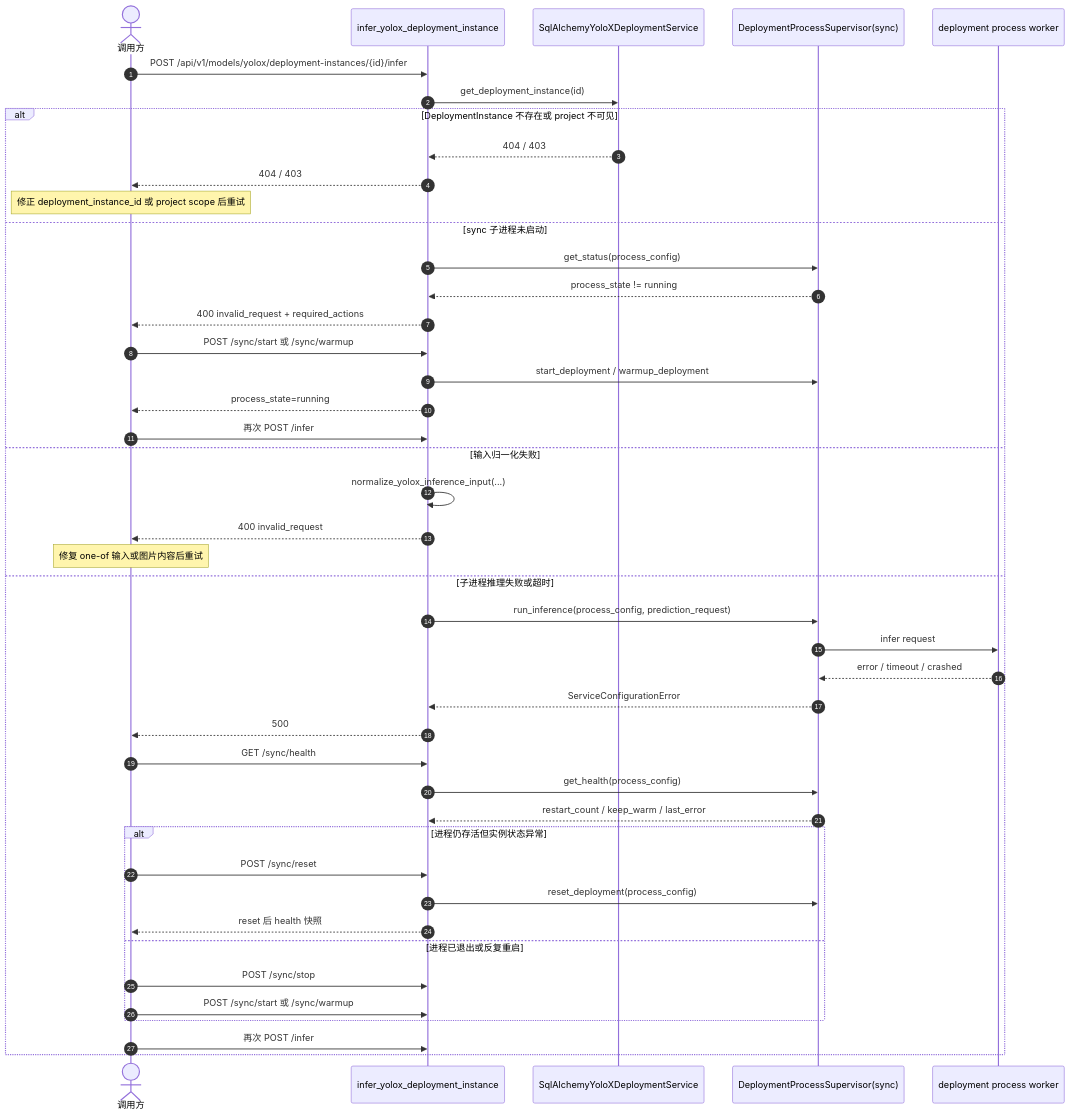
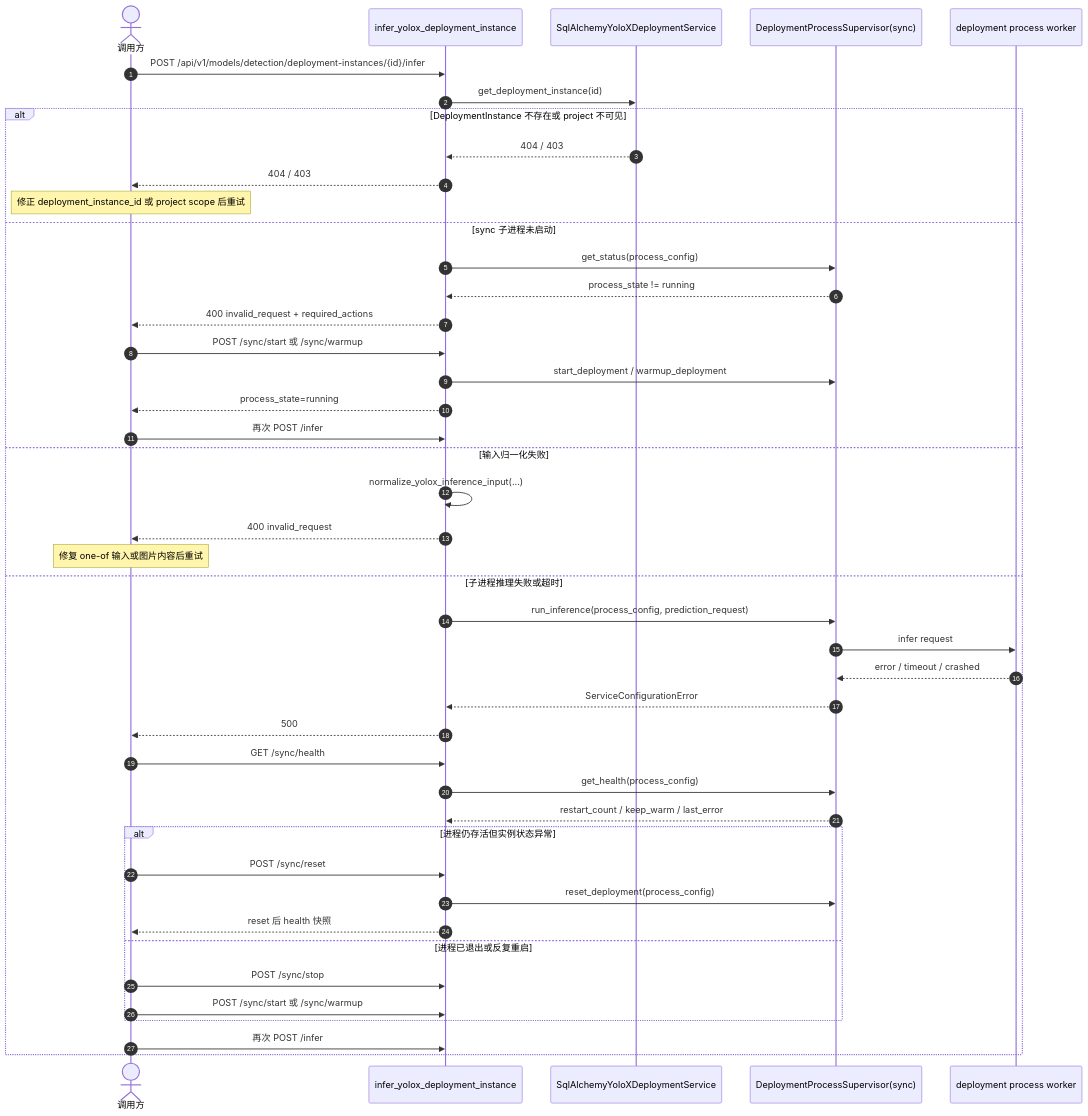
The sixth of 8 diagrams in docs/architecture/execution-sequences.md (ammm56/amvision), drawn with Mermaid before and after one commit. The commit also changed other lines of this file and 51 other files, not shown here.

Commit message:
refactor(api): 提取 detection 路由模型并收敛命名

````diff
--- a/docs/architecture/execution-sequences.md
+++ b/docs/architecture/execution-sequences.md
@@ -318,47 +318,47 @@
 ```mermaid
 sequenceDiagram
     autonumber
     actor Client as 调用方
     participant API as infer_yolox_deployment_instance
     participant DeploySvc as SqlAlchemyYoloXDeploymentService
     participant SyncSup as DeploymentProcessSupervisor(sync)
     participant Child as deployment process worker
 
-    Client->>API: POST /api/v1/models/yolox/deployment-instances/{id}/infer
+    Client->>API: POST /api/v1/models/detection/deployment-instances/{id}/infer
     API->>DeploySvc: get_deployment_instance(id)
     alt DeploymentInstance 不存在或 project 不可见
         DeploySvc-->>API: 404 / 403
         API-->>Client: 404 / 403
         Note over Client: 修正 deployment_instance_id 或 project scope 后重试
     else sync 子进程未启动
         API->>SyncSup: get_status(process_config)
         SyncSup-->>API: process_state != running
         API-->>Client: 400 invalid_request + required_actions
         Client->>API: POST /sync/start 或 /sync/warmup
         API->>SyncSup: start_deployment / warmup_deployment
         API-->>Client: process_state=running
         Client->>API: 再次 POST /infer
     else 输入归一化失败
         API->>API: normalize_yolox_inference_input(...)
         API-->>Client: 400 invalid_request
         Note over Client: 修复 one-of 输入或图片内容后重试
     else 子进程推理失败或超时
         API->>SyncSup: run_inference(process_config, prediction_request)
         SyncSup->>Child: infer request
         Child-->>SyncSup: error / timeout / crashed
         SyncSup-->>API: ServiceConfigurationError
         API-->>Client: 500
         Client->>API: GET /sync/health
         API->>SyncSup: get_health(process_config)
         SyncSup-->>API: restart_count / keep_warm / last_error
         alt 进程仍存活但实例状态异常
             Client->>API: POST /sync/reset
             API->>SyncSup: reset_deployment(process_config)
             API-->>Client: reset 后 health 快照
         else 进程已退出或反复重启
             Client->>API: POST /sync/stop
             Client->>API: POST /sync/start 或 /sync/warmup
         end
         Client->>API: 再次 POST /infer
     end
 ```
````
